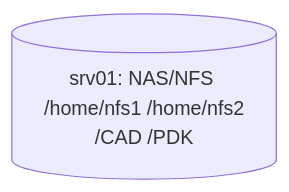
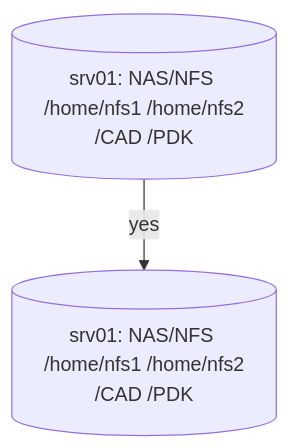
The first of 2 diagrams in wiki/wiki-it.md (silicon-vlsi/silicon-vlsi.github.io), drawn with Mermaid before and after one commit. The commit also changed other lines of this file, not shown here.

````diff
--- a/wiki/wiki-it.md
+++ b/wiki/wiki-it.md
@@ -1287,5 +1287,9 @@
 ```mermaid
+
 graph TD;
 
   srv01[(srv01: NAS/NFS <br/> /home/nfs1 /home/nfs2 /CAD /PDK )];
+  srv02[(srv01: NAS/NFS <br/> /home/nfs1 /home/nfs2 /CAD /PDK )];
+  srv01 --yes--> srv02;
+
 ```
````
